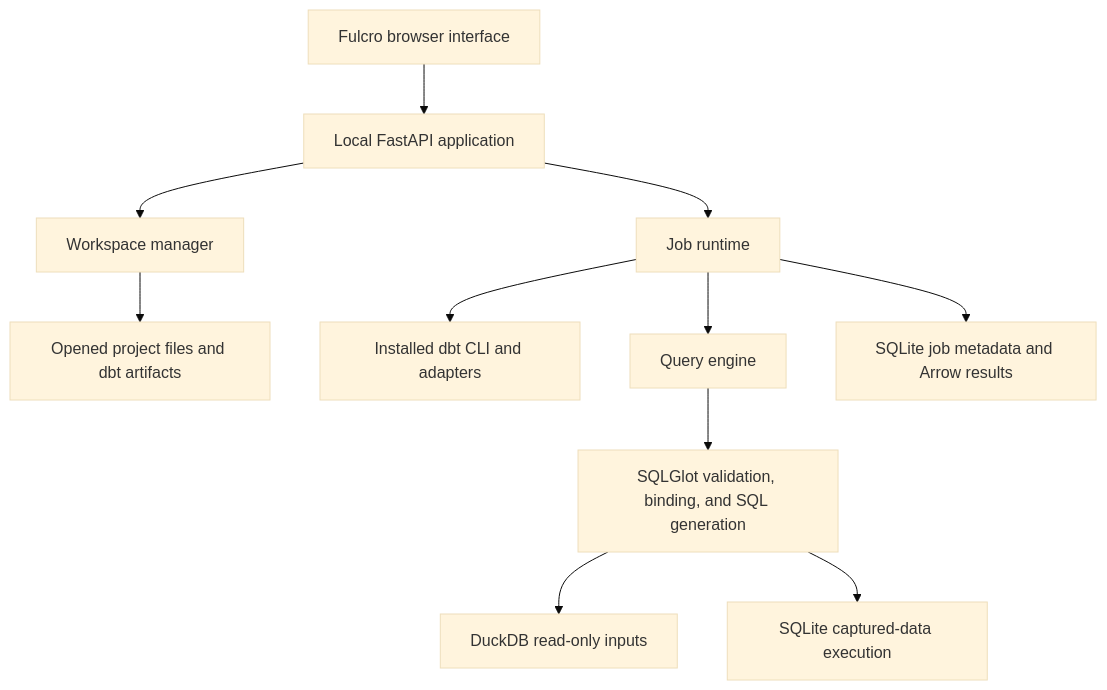
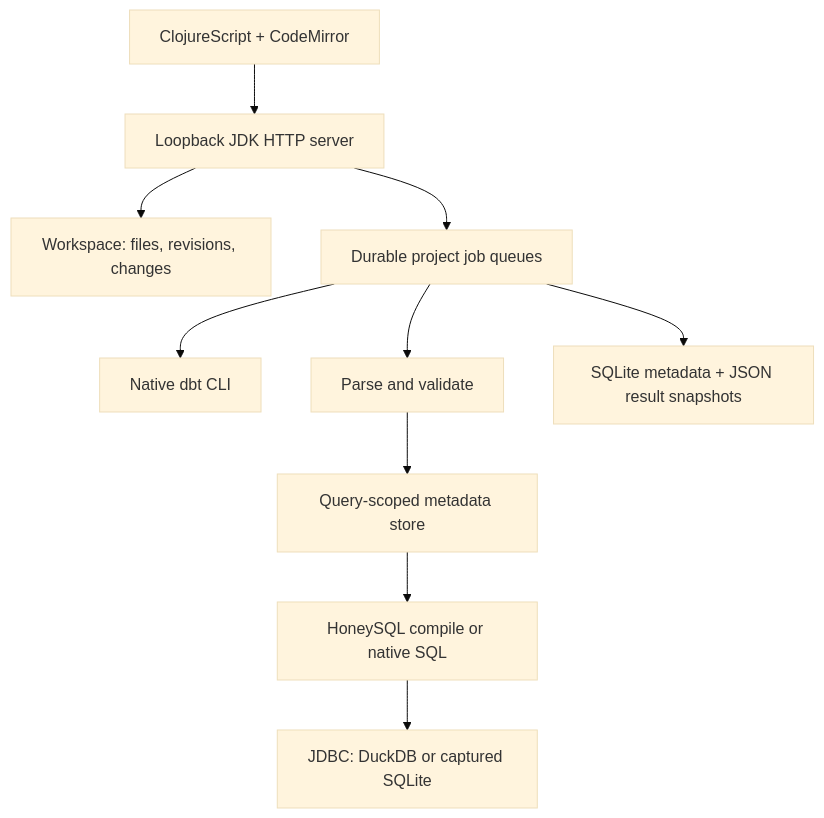
Before and after one commit to sabino/dbt-workbench: the diagram in docs/architecture.md, drawn with Mermaid (base theme). The commit also changed other lines of this file and 91 other files, not shown here.

First line of the commit message:
feat: add native dbt workbench and query lab

````diff
--- a/docs/architecture.md
+++ b/docs/architecture.md
@@ -5,13 +8,12 @@
 ```mermaid
 flowchart TD
-    UI["Fulcro browser interface"] --> API["Local FastAPI application"]
-    API --> W["Workspace manager"]
-    API --> R["Job runtime"]
-    W --> F["Opened project files and dbt artifacts"]
-    R --> DBT["Installed dbt CLI and adapters"]
-    R --> Q["Query engine"]
-    Q --> G["SQLGlot validation, binding, and SQL generation"]
-    G --> D["DuckDB read-only inputs"]
-    G --> S["SQLite captured-data execution"]
-    R --> STORE["SQLite job metadata and Arrow results"]
+    UI["ClojureScript + CodeMirror"] --> API["Loopback JDK HTTP server"]
+    API --> W["Workspace: files, revisions, changes"]
+    API --> R["Durable project job queues"]
+    R --> DBT["Native dbt CLI"]
+    R --> Q["Parse and validate"]
+    Q --> S["Query-scoped metadata store"]
+    S --> C["HoneySQL compile or native SQL"]
+    C --> D["JDBC: DuckDB or captured SQLite"]
+    R --> P["SQLite metadata + JSON result snapshots"]
 ```
````
